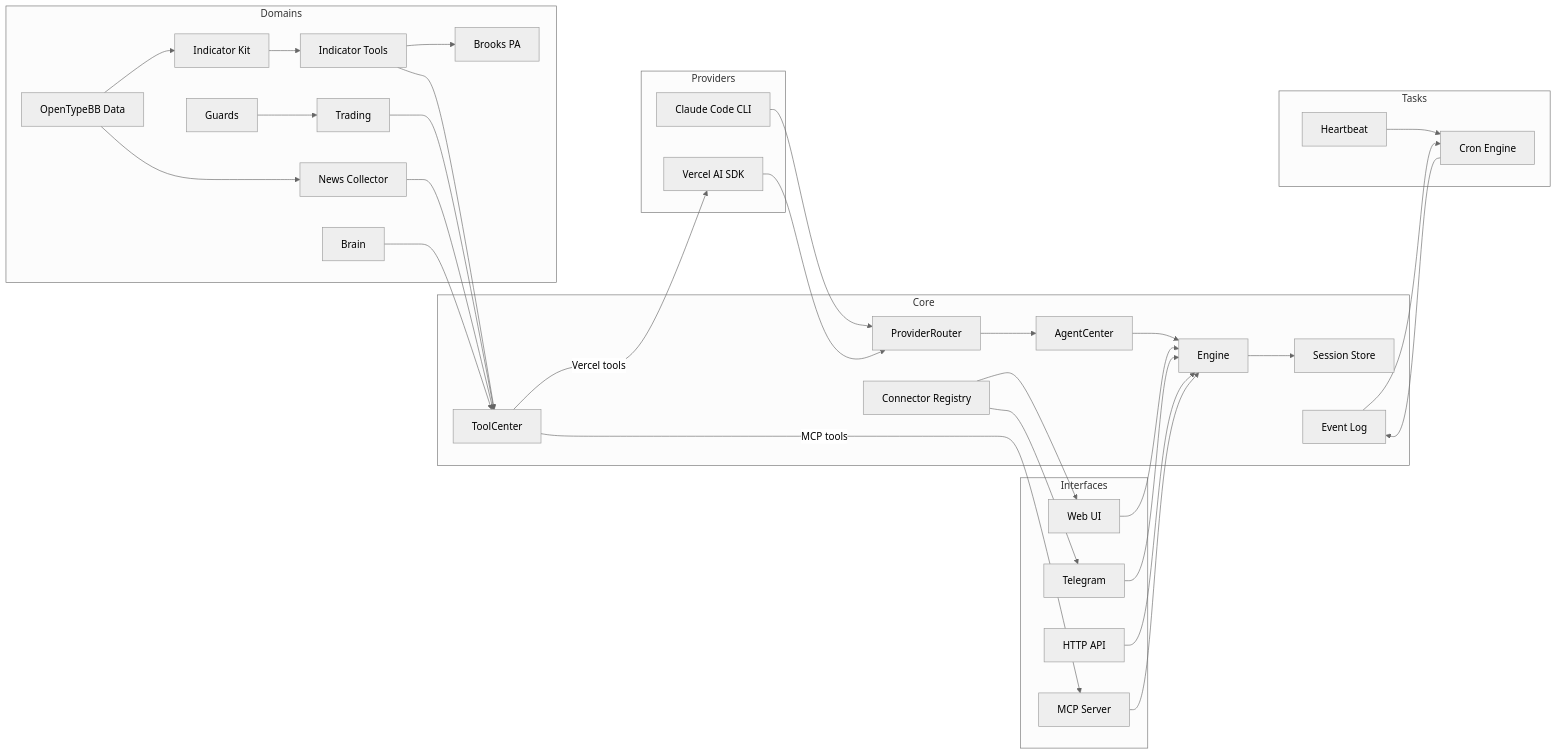
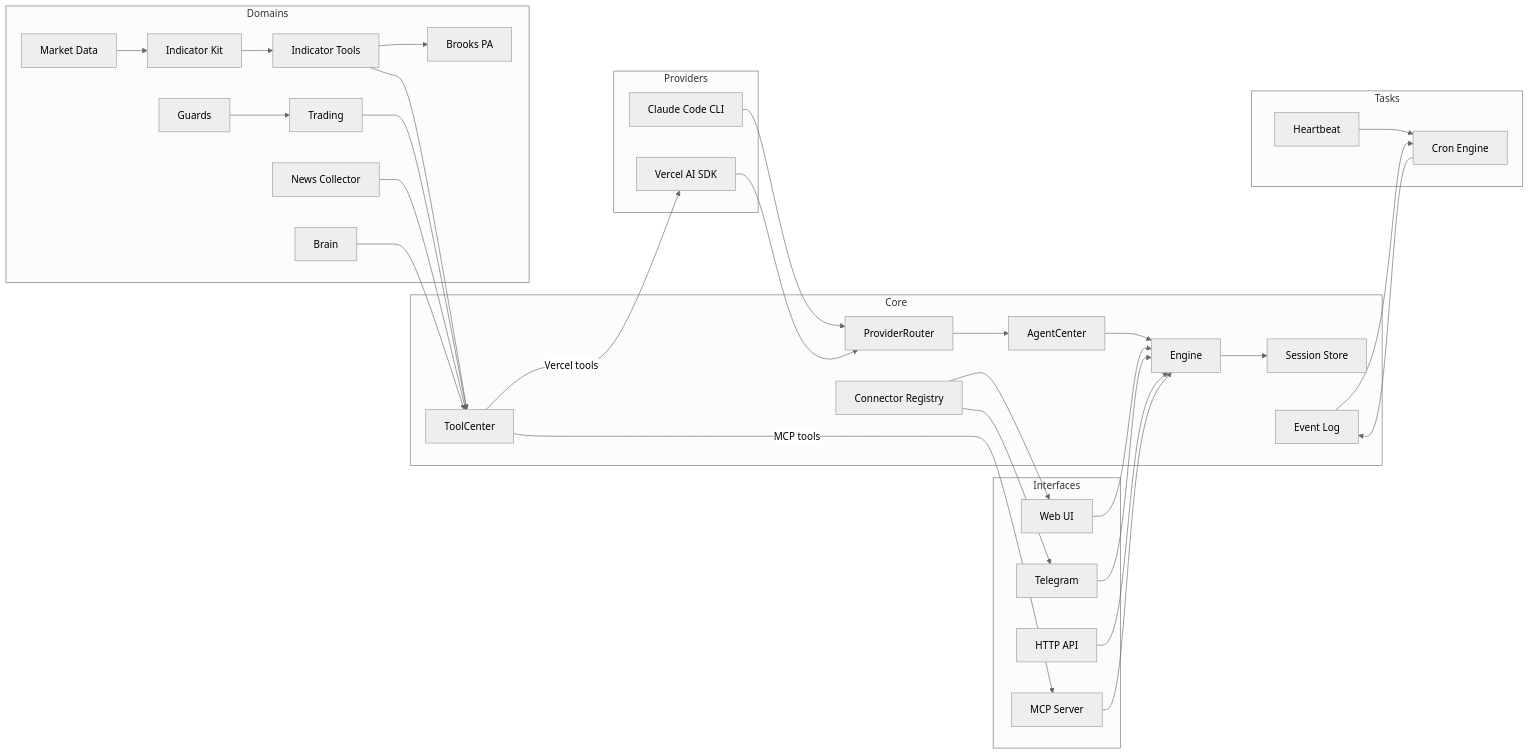
Before and after one commit to sybapp/OpenAlice: the diagram in README.md, drawn with Mermaid (neutral theme). The commit also changed other lines of this file and 446 other files, not shown here.

Commit message:
refactor: remove OpenTypeBB and stock market support

````diff
--- a/README.md
+++ b/README.md
@@ -54,66 +53,65 @@
 ```mermaid
 graph LR
   subgraph Providers
     CC[Claude Code CLI]
     VS[Vercel AI SDK]
   end
 
   subgraph Core
     PR[ProviderRouter]
     AC[AgentCenter]
     E[Engine]
     TC[ToolCenter]
     S[Session Store]
     EL[Event Log]
     CR[Connector Registry]
   end
 
   subgraph Domains
-    OBB[OpenTypeBB Data]
+    MD[Market Data]
     IK[Indicator Kit]
     IT[Indicator Tools]
     BPA[Brooks PA]
     TR[Trading]
     GD[Guards]
     NC[News Collector]
     BR[Brain]
   end
 
   subgraph Tasks
     CRON[Cron Engine]
     HB[Heartbeat]
   end
 
   subgraph Interfaces
     WEB[Web UI]
     TG[Telegram]
     HTTP[HTTP API]
     MCP[MCP Server]
   end
 
   CC --> PR
   VS --> PR
   PR --> AC
   AC --> E
   E --> S
   TC -->|Vercel tools| VS
   TC -->|MCP tools| MCP
-  OBB --> IK
-  OBB --> NC
+  MD --> IK
   IK --> IT
   IT --> TC
   IT --> BPA
   TR --> TC
   GD --> TR
   NC --> TC
   BR --> TC
   CRON --> EL
   HB --> CRON
   EL --> CRON
   CR --> WEB
   CR --> TG
   WEB --> E
   TG --> E
   HTTP --> E
   MCP --> E
 ```
````
